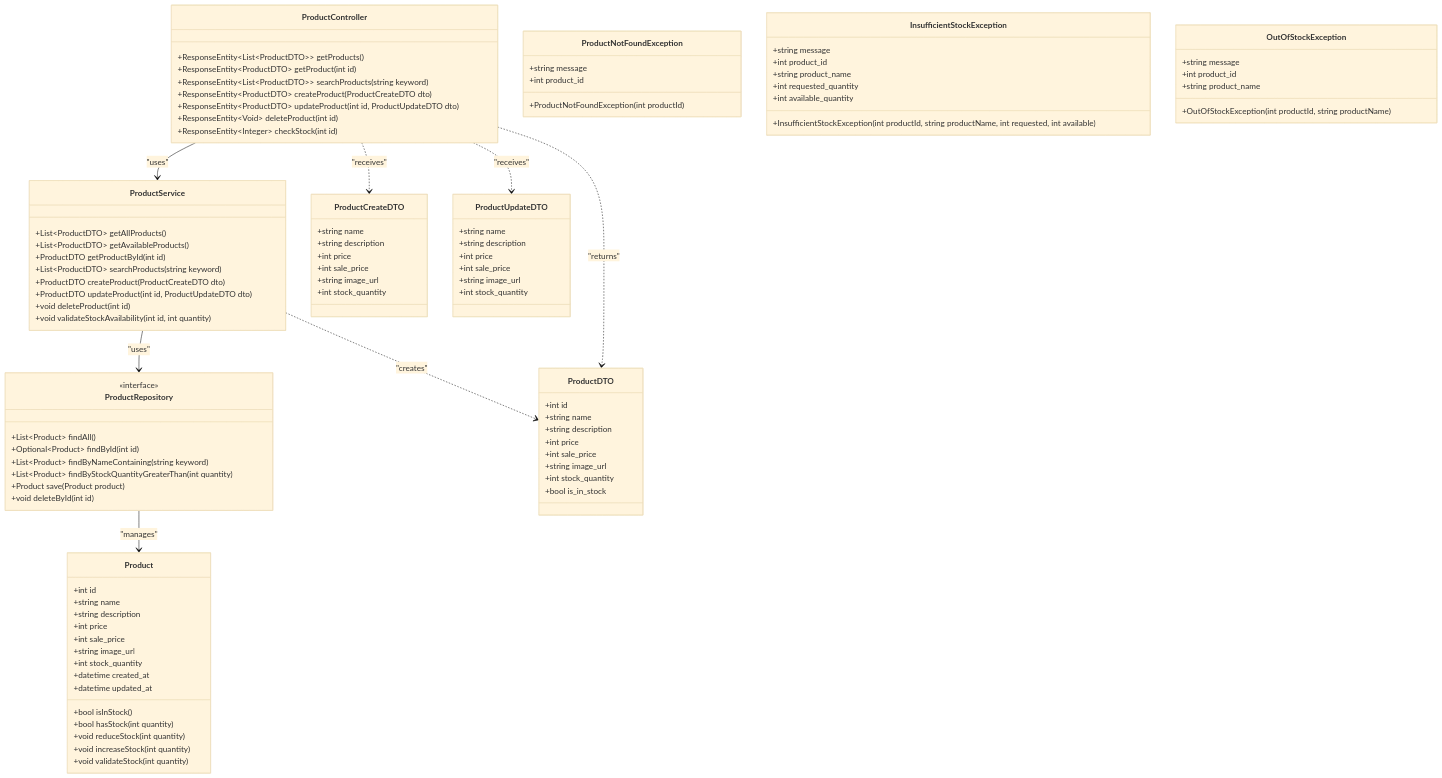
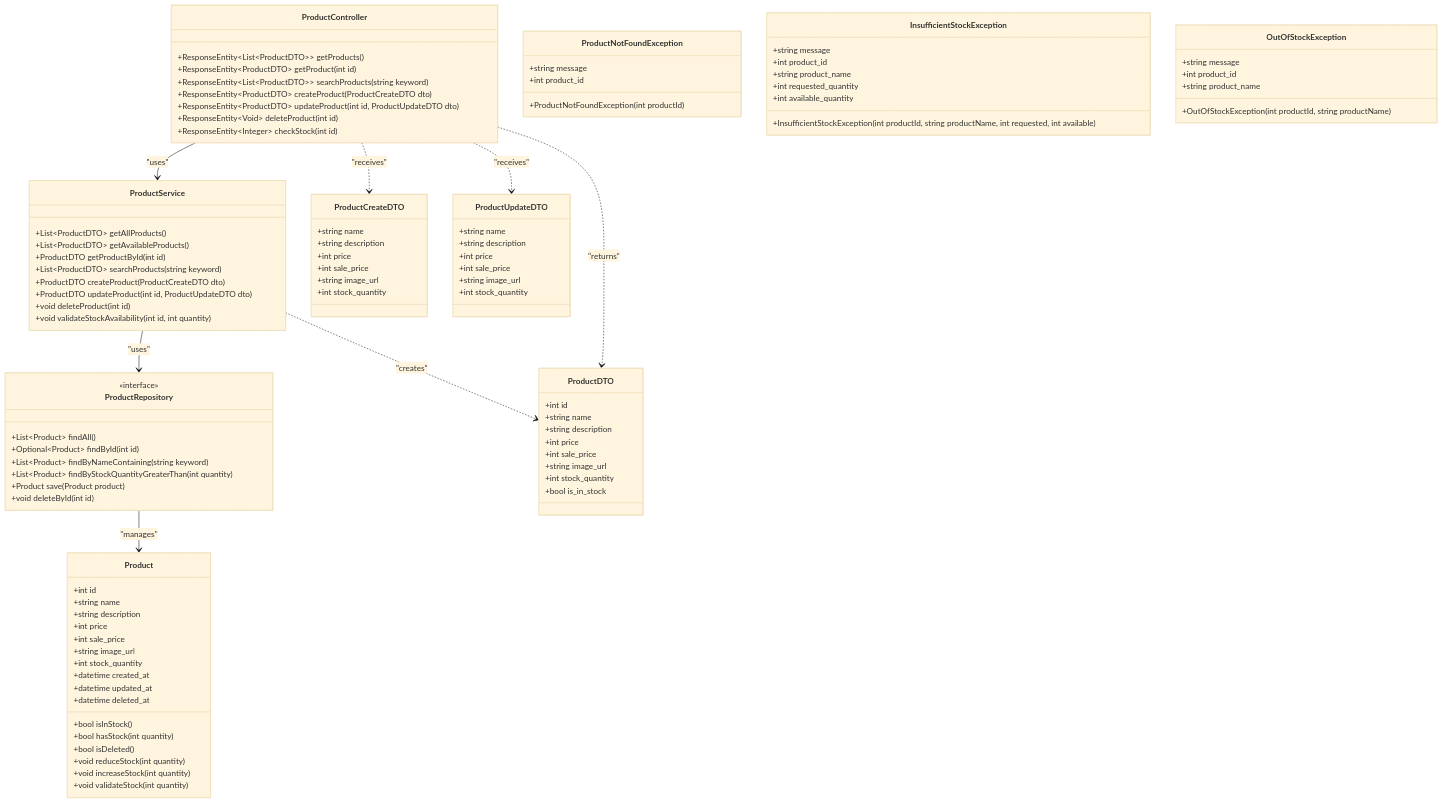
One commit to Aoi-Yaegashi/teamF changed the first of 5 diagrams in 詳細設計/担当B_西嶋/クラス図_v3.md. Above: the diagram before and after it, drawn with Mermaid (base theme).

Commit message:
削除フラグ要素を商品機能のクラス図に追加

```diff
--- a/詳細設計/担当B_西嶋/クラス図_v3.md
+++ b/詳細設計/担当B_西嶋/クラス図_v3.md
@@ -19,9 +19,11 @@
         +int stock_quantity
         +datetime created_at
         +datetime updated_at
+        +datetime deleted_at
         
         +bool isInStock()
         +bool hasStock(int quantity)
+        +bool isDeleted()
         +void reduceStock(int quantity)
         +void increaseStock(int quantity)
         +void validateStock(int quantity)
```
